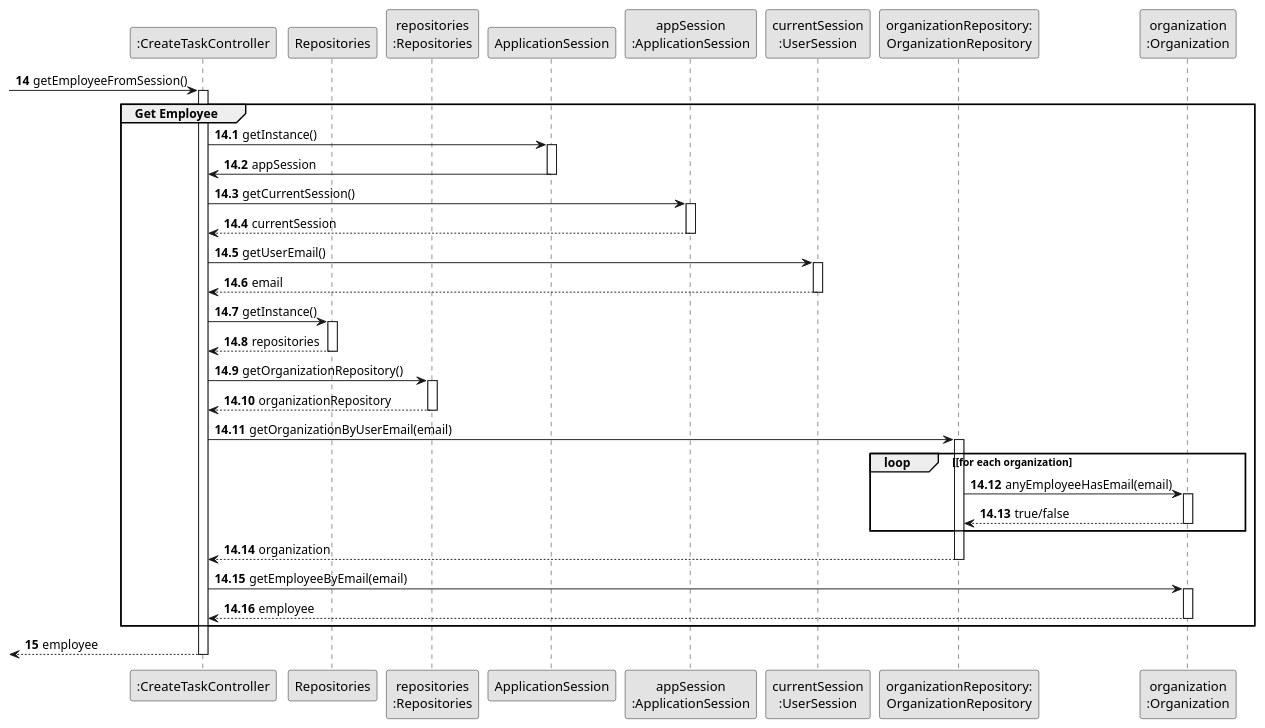
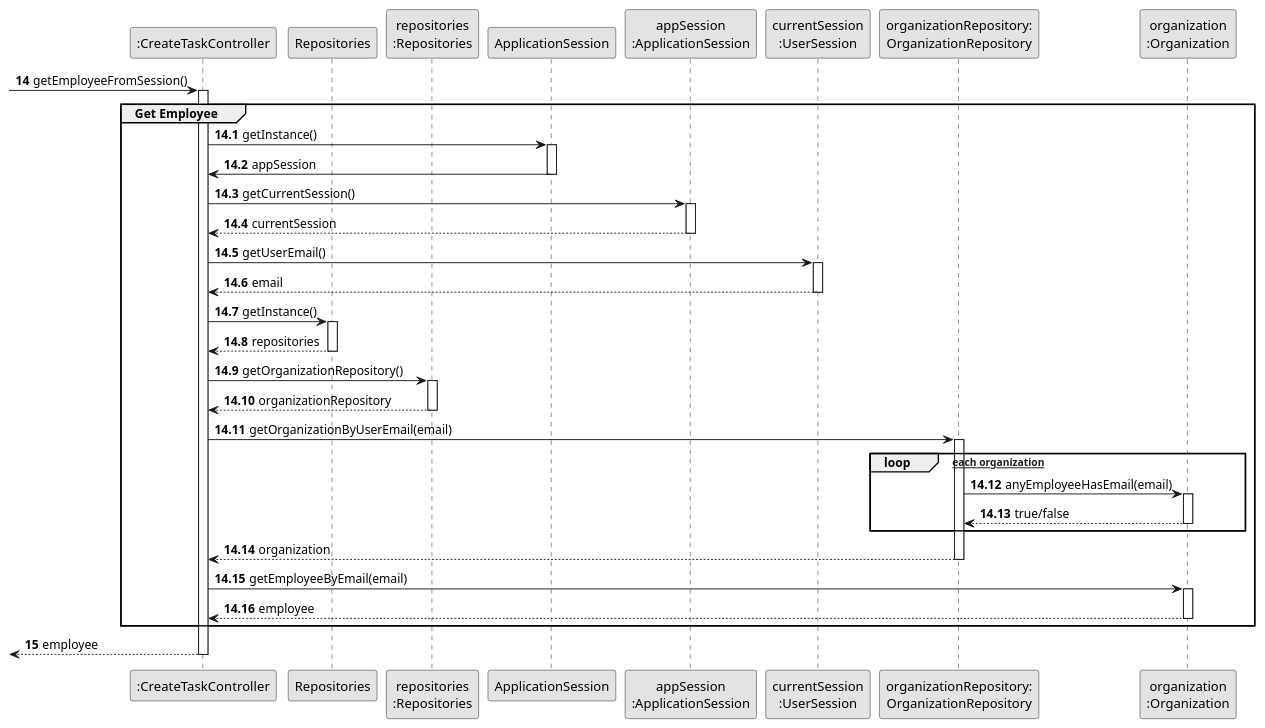
The diagram in docs/system-documentation/US002/03.design/puml/US002-SD-partial-get-employee.puml (bruno-monteiro5/sem2-pi-24.25-g132-repo), drawn with PlantUML before and after one commit. The commit also changed 17 other files, not shown here.

```diff
--- a/docs/system-documentation/US002/03.design/puml/US002-SD-partial-get-employee.puml
+++ b/docs/system-documentation/US002/03.design/puml/US002-SD-partial-get-employee.puml
@@ -1,70 +1,69 @@
 @startuml
 skinparam monochrome true
 skinparam packageStyle rectangle
 skinparam shadowing false
 
-'hide footbox
 participant ":CreateTaskController" as CTRL
 participant "Repositories" as REPOS
 participant "repositories\n:Repositories" as REPOS_SINGLETON
 participant "ApplicationSession" as APP_SESSION
 participant "appSession\n:ApplicationSession" as APP_SESSION_SINGLETON
 participant "currentSession\n:UserSession" as CURRENT_SESSION
 participant "organizationRepository:\nOrganizationRepository" as ORG_REPO
 participant "organization\n:Organization" as ORG
 
 autonumber 14
 -> CTRL : getEmployeeFromSession()
 autonumber 14.1
 activate CTRL
 
     group Get Employee
         CTRL -> APP_SESSION: getInstance()
         activate APP_SESSION
             APP_SESSION -> CTRL: appSession
         deactivate APP_SESSION
 
         CTRL -> APP_SESSION_SINGLETON: getCurrentSession()
         activate APP_SESSION_SINGLETON
             APP_SESSION_SINGLETON --> CTRL: currentSession
         deactivate APP_SESSION_SINGLETON
 
         CTRL -> CURRENT_SESSION: getUserEmail()
         activate CURRENT_SESSION
             CURRENT_SESSION --> CTRL: email
         deactivate CURRENT_SESSION
 
         CTRL -> REPOS : getInstance()
         activate REPOS
             REPOS --> CTRL: repositories
         deactivate REPOS
 
         CTRL -> REPOS_SINGLETON: getOrganizationRepository()
         activate REPOS_SINGLETON
             REPOS_SINGLETON --> CTRL: organizationRepository
         deactivate REPOS_SINGLETON
 
         CTRL -> ORG_REPO: getOrganizationByUserEmail(email)
         activate ORG_REPO
 
-            loop [for each organization
+            loop [for each organization]
                 ORG_REPO -> ORG : anyEmployeeHasEmail(email)
                 activate ORG
                      ORG --> ORG_REPO : true/false
                 deactivate ORG
             end
 
             ORG_REPO --> CTRL : organization
         deactivate ORG_REPO
 
         CTRL -> ORG: getEmployeeByEmail(email)
         activate ORG
             ORG --> CTRL : employee
         deactivate ORG
     end
     autonumber 15
     <-- CTRL : employee
 
 deactivate CTRL
 
 @enduml
```
